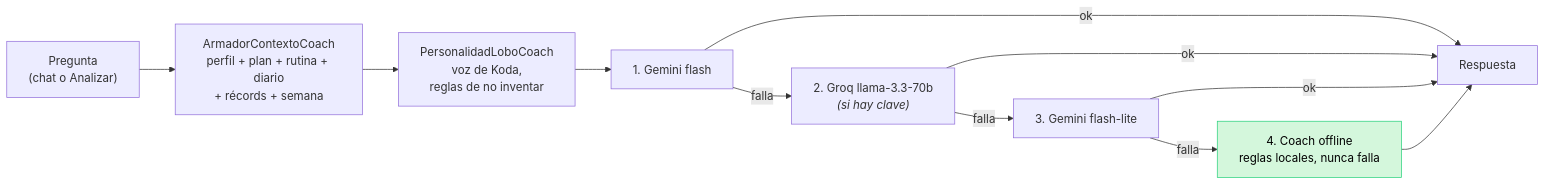
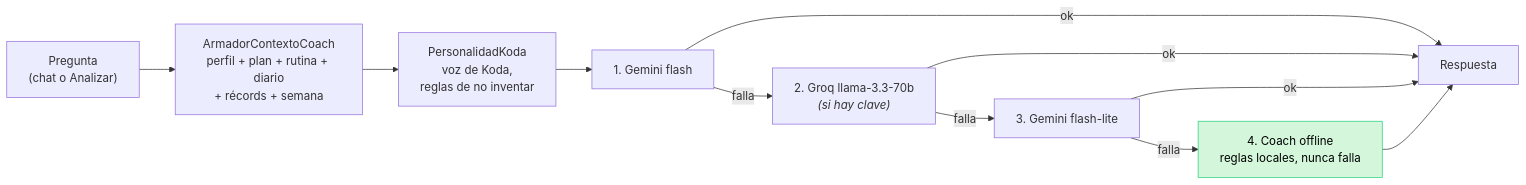
The fifth of 5 diagrams in docs/diagrama-arquitectura.md (mateomartin21/FitnessCoach), drawn with Mermaid before and after one commit. The commit also changed other lines of this file and 5 other files, not shown here.

First line of the commit message:
refactor: PersonalidadLoboCoach pasa a PersonalidadKoda (D-32)

````diff
--- a/docs/diagrama-arquitectura.md
+++ b/docs/diagrama-arquitectura.md
@@ -157,18 +157,18 @@
 ```mermaid
 flowchart LR
     P["Pregunta<br/>(chat o Analizar)"] --> A["ArmadorContextoCoach<br/>perfil + plan + rutina + diario<br/>+ récords + semana"]
-    A --> V["PersonalidadLoboCoach<br/>voz de Koda,<br/>reglas de no inventar"]
+    A --> V["PersonalidadKoda<br/>voz de Koda,<br/>reglas de no inventar"]
     V --> G1["1. Gemini flash"]
 
     G1 -->|falla| G2["2. Groq llama-3.3-70b<br/><i>(si hay clave)</i>"]
     G2 -->|falla| G3["3. Gemini flash-lite"]
     G3 -->|falla| OFF["4. Coach offline<br/>reglas locales, nunca falla"]
 
     G1 -->|ok| R["Respuesta"]
     G2 -->|ok| R
     G3 -->|ok| R
     OFF --> R
 
     classDef seguro fill:#d4f7dc,stroke:#27d17c,color:#000;
     class OFF seguro;
 ```
````
